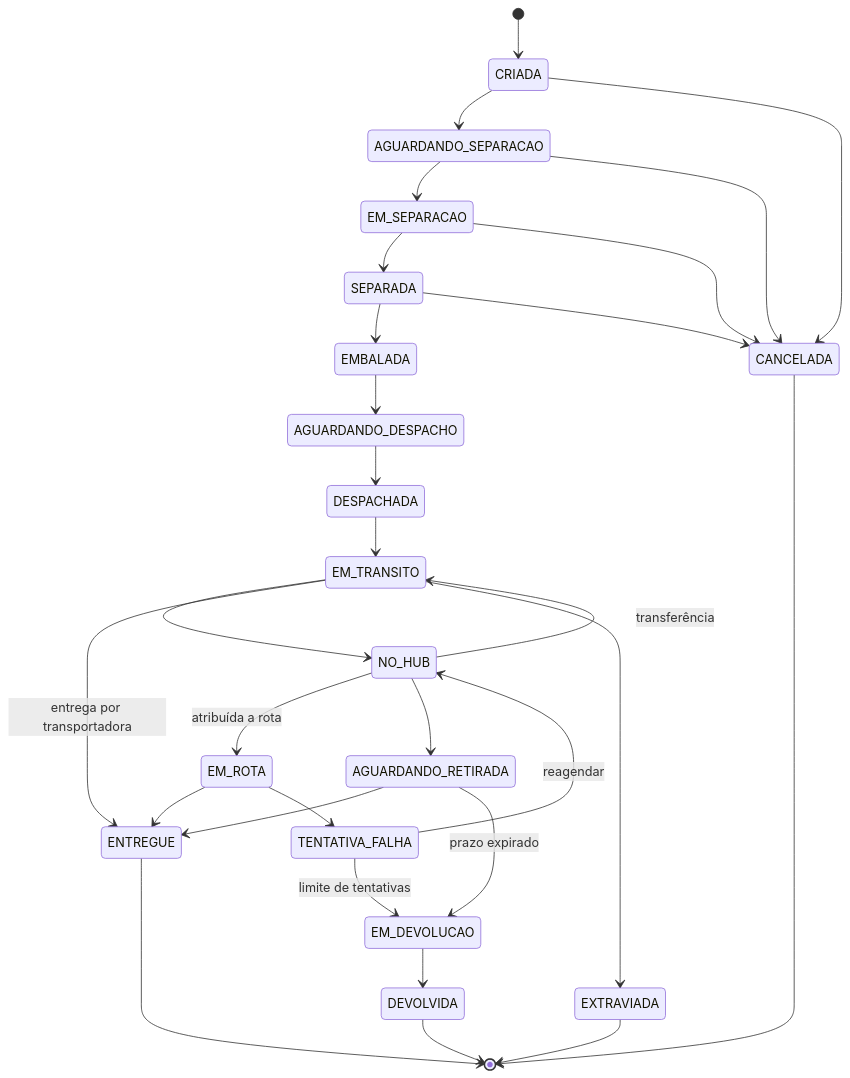
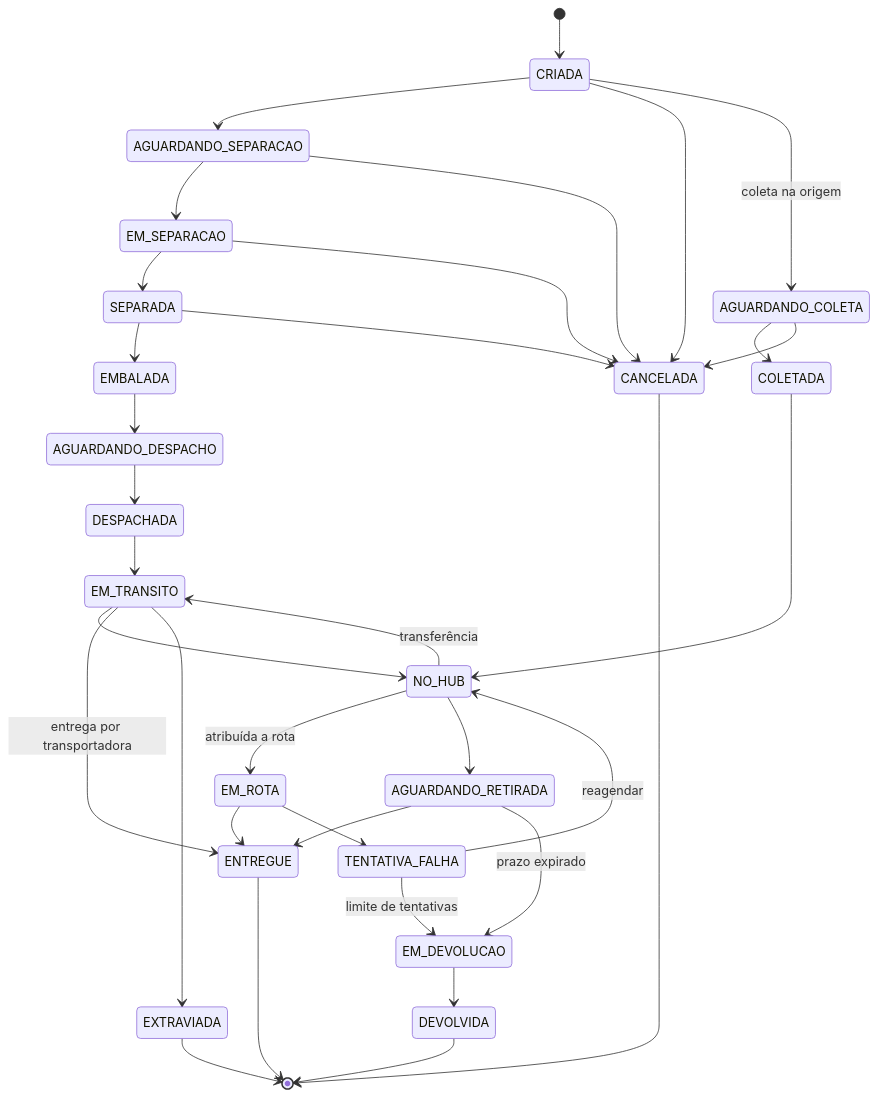
Before and after one commit to JhonatanTreder/logiflow-backend: the fourth of 4 diagrams in docs/01-documentacao-do-sistema.md, drawn with Mermaid. The commit also changed other lines of this file and 13 other files, not shown here.

````diff
--- a/docs/01-documentacao-do-sistema.md
+++ b/docs/01-documentacao-do-sistema.md
@@ -289,32 +301,36 @@
 ```mermaid
 stateDiagram-v2
   [*] --> CRIADA
   CRIADA --> AGUARDANDO_SEPARACAO
   AGUARDANDO_SEPARACAO --> EM_SEPARACAO
   EM_SEPARACAO --> SEPARADA
   SEPARADA --> EMBALADA
   EMBALADA --> AGUARDANDO_DESPACHO
   AGUARDANDO_DESPACHO --> DESPACHADA
   DESPACHADA --> EM_TRANSITO
   EM_TRANSITO --> NO_HUB
   NO_HUB --> EM_TRANSITO : transferência
   NO_HUB --> EM_ROTA : atribuída a rota
   EM_TRANSITO --> ENTREGUE : entrega por transportadora
   EM_ROTA --> ENTREGUE
   EM_ROTA --> TENTATIVA_FALHA
   TENTATIVA_FALHA --> NO_HUB : reagendar
   TENTATIVA_FALHA --> EM_DEVOLUCAO : limite de tentativas
   NO_HUB --> AGUARDANDO_RETIRADA
   AGUARDANDO_RETIRADA --> ENTREGUE
   AGUARDANDO_RETIRADA --> EM_DEVOLUCAO : prazo expirado
   EM_DEVOLUCAO --> DEVOLVIDA
   EM_TRANSITO --> EXTRAVIADA
   CRIADA --> CANCELADA
+  CRIADA --> AGUARDANDO_COLETA : coleta na origem
+  AGUARDANDO_COLETA --> COLETADA
+  COLETADA --> NO_HUB
+  AGUARDANDO_COLETA --> CANCELADA
   AGUARDANDO_SEPARACAO --> CANCELADA
   EM_SEPARACAO --> CANCELADA
   SEPARADA --> CANCELADA
   ENTREGUE --> [*]
   DEVOLVIDA --> [*]
   CANCELADA --> [*]
   EXTRAVIADA --> [*]
 ```
````
